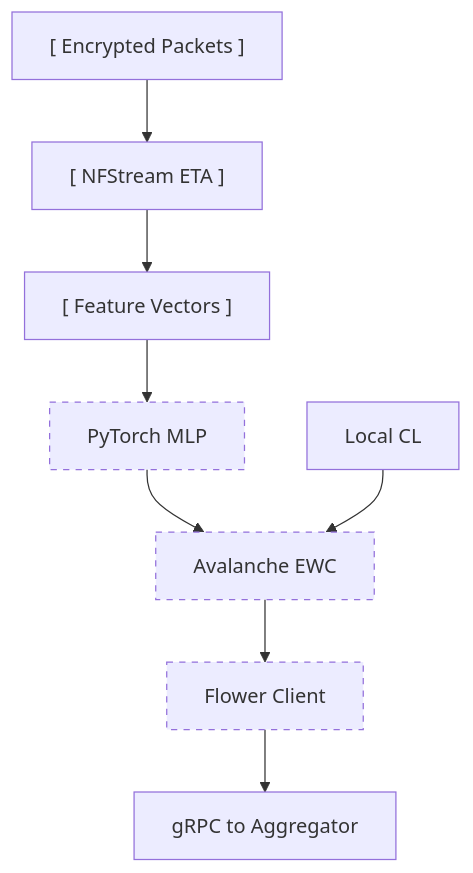
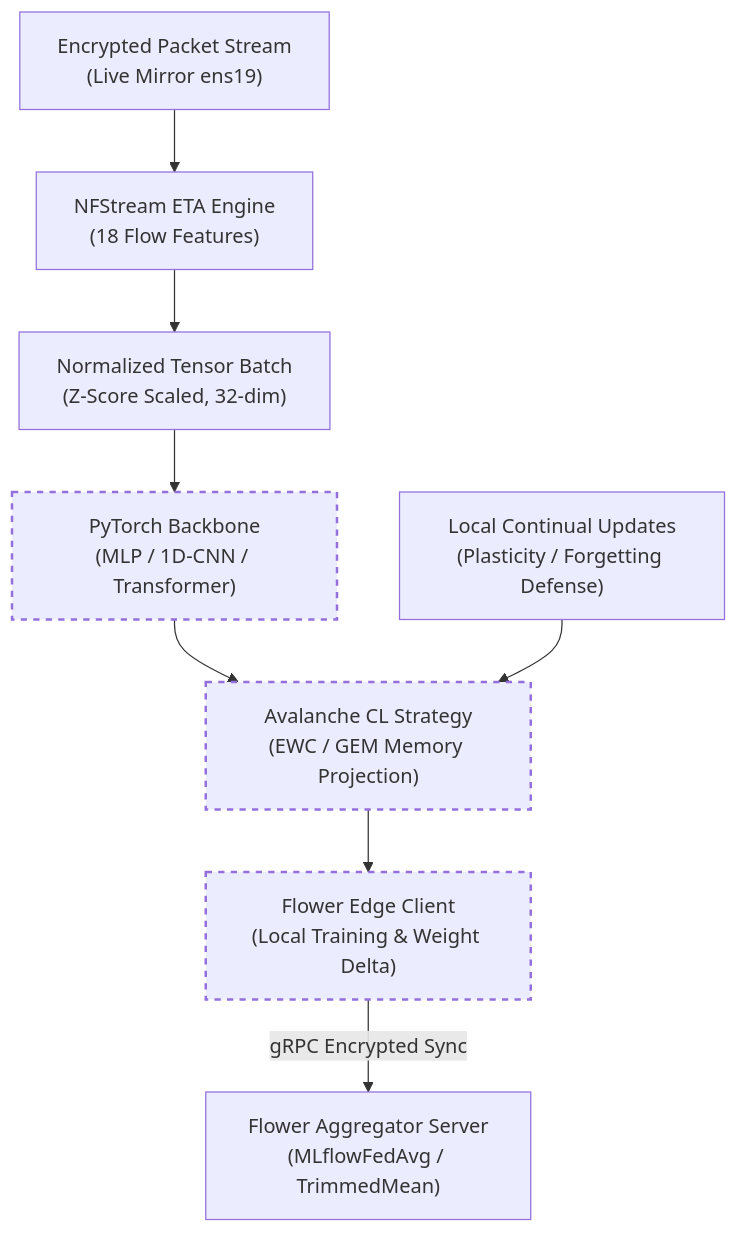
Before and after one commit to rhaffle87/fl-cl: the first of 6 diagrams in docs/paper/research_paper.md, drawn with Mermaid. The commit also changed other lines of this file, not shown here.

Commit message:
docs: add comprehensive research paper detailing hybrid FL-CL architecture for encrypted network defense

````diff
--- a/docs/paper/research_paper.md
+++ b/docs/paper/research_paper.md
@@ -91,20 +91,20 @@
 ```mermaid
 graph TD
- %% Horizontal top flow
- A["[ Encrypted Packets ]"] --> B["[ NFStream ETA ]"]
- B --> C["[ Feature Vectors ]"]
+    %% Top Horizontal Ingestion Flow
+    A["Encrypted Packet Stream<br/>(Live Mirror ens19)"] --> B["NFStream ETA Engine<br/>(18 Flow Features)"]
+    B --> C["Normalized Tensor Batch<br/>(Z-Score Scaled, 32-dim)"]
 
- %% Vertical down flow
- C --> D["PyTorch MLP"]
- D --> E["Avalanche EWC"]
- E --> F["Flower Client"]
+    %% Local Continual Learning Flow
+    C --> D["PyTorch Backbone<br/>(MLP / 1D-CNN / Transformer)"]
+    D --> E["Avalanche CL Strategy<br/>(EWC / GEM Memory Projection)"]
+    E --> F["Flower Edge Client<br/>(Local Training & Weight Delta)"]
 
- %% Side annotations
- G["Local CL"] --> E
- F --> H["gRPC to Aggregator"]
+    %% Distributed Federated Synchronization
+    G["Local Continual Updates<br/>(Plasticity / Forgetting Defense)"] --> E
+    F -->|gRPC Encrypted Sync| H["Flower Aggregator Server<br/>(MLflowFedAvg / TrimmedMean)"]
 
- %% Styling to mimic the dashed look and layout
- style D stroke-dasharray: 5 5
- style E stroke-dasharray: 5 5
- style F stroke-dasharray: 5 5
+    %% Styling
+    style D stroke-dasharray: 5 5,stroke-width:2px
+    style E stroke-dasharray: 5 5,stroke-width:2px
+    style F stroke-dasharray: 5 5,stroke-width:2px
 ```
````
